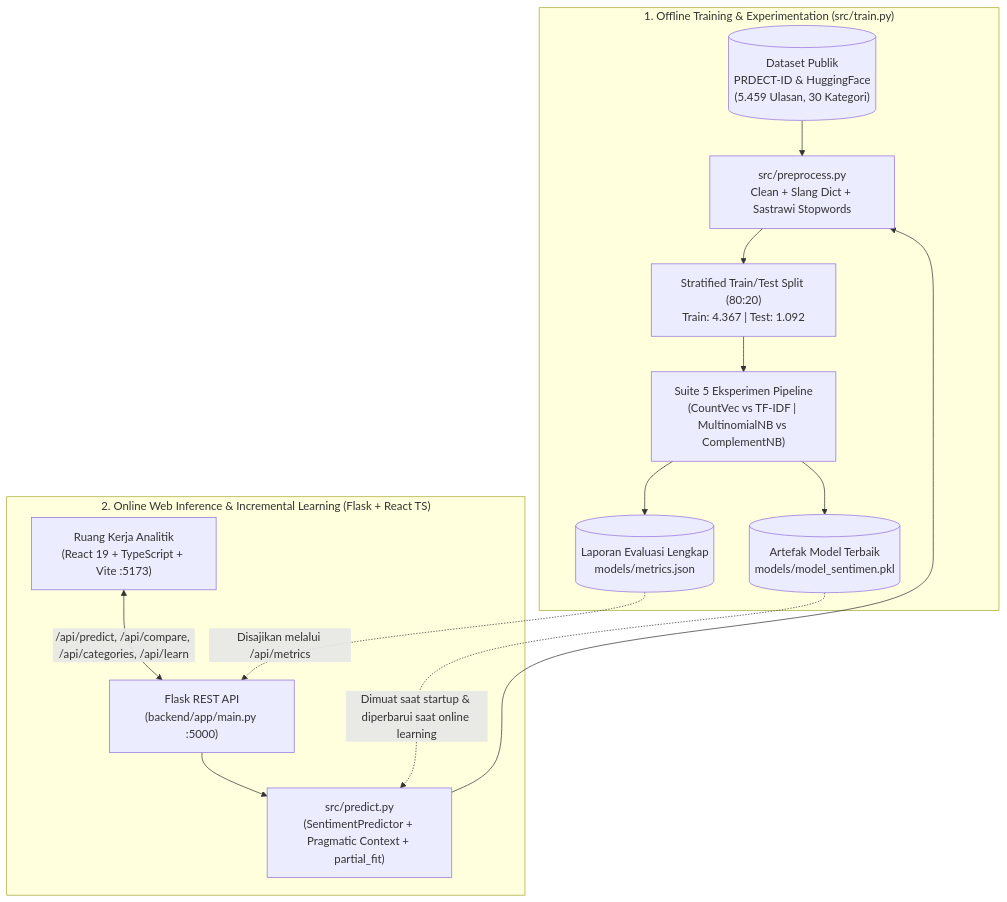
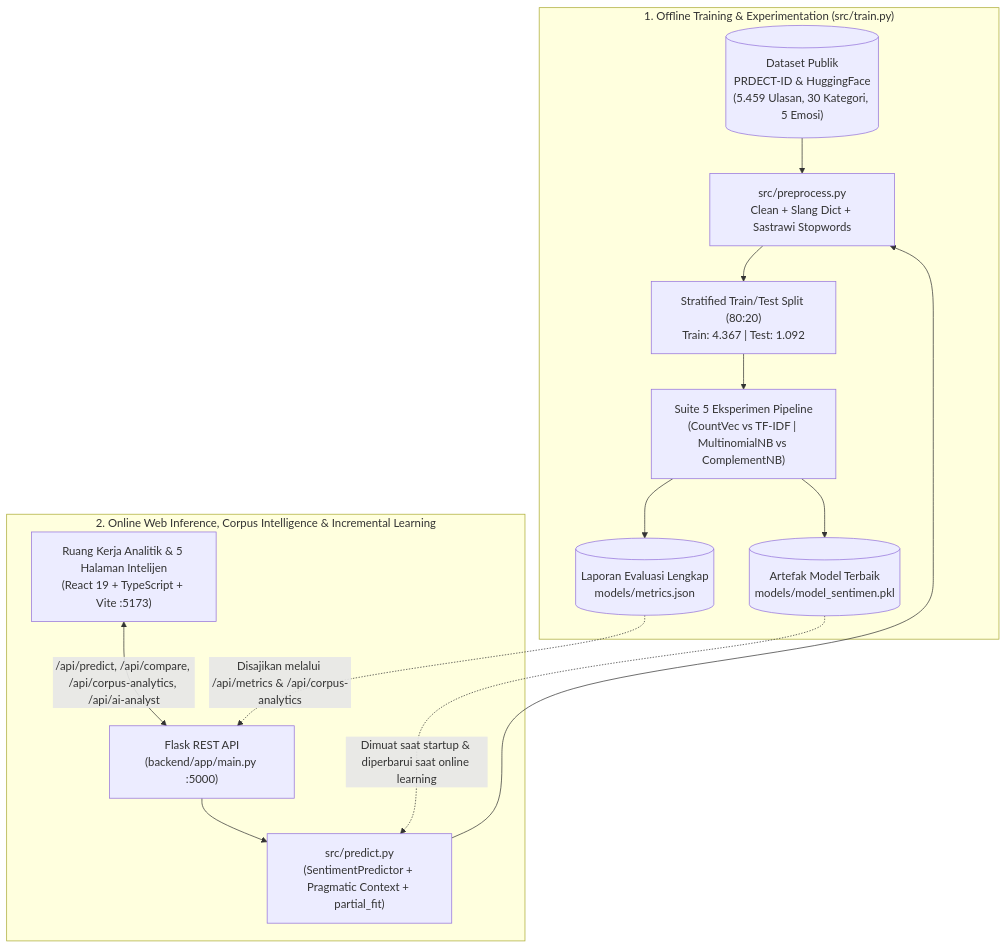
Before and after one commit to Muhfaizr21/Klasifikasi-sentimen-ulasan-produk: the diagram in README.md, drawn with Mermaid. The commit also changed other lines of this file, not shown here.

Commit message:
Update README.md with 5 standalone corpus intelligence pages and new API endpoints

````diff
--- a/README.md
+++ b/README.md
@@ -80,18 +92,18 @@
 ```mermaid
 flowchart TB
     subgraph Offline["1. Offline Training & Experimentation (src/train.py)"]
-        A[("Dataset Publik\nPRDECT-ID & HuggingFace\n(5.459 Ulasan, 30 Kategori)")] --> B["src/preprocess.py\nClean + Slang Dict + Sastrawi Stopwords"]
+        A[("Dataset Publik\nPRDECT-ID & HuggingFace\n(5.459 Ulasan, 30 Kategori, 5 Emosi)")] --> B["src/preprocess.py\nClean + Slang Dict + Sastrawi Stopwords"]
         B --> C["Stratified Train/Test Split (80:20)\nTrain: 4.367 | Test: 1.092"]
         C --> D["Suite 5 Eksperimen Pipeline\n(CountVec vs TF-IDF | MultinomialNB vs ComplementNB)"]
         D --> E[("Artefak Model Terbaik\nmodels/model_sentimen.pkl")]
         D --> F[("Laporan Evaluasi Lengkap\nmodels/metrics.json")]
     end
 
-    subgraph Online["2. Online Web Inference & Incremental Learning (Flask + React TS)"]
-        U["Ruang Kerja Analitik\n(React 19 + TypeScript + Vite :5173)"] <-->|"/api/predict, /api/compare, /api/categories, /api/learn"| API["Flask REST API\n(backend/app/main.py :5000)"]
+    subgraph Online["2. Online Web Inference, Corpus Intelligence & Incremental Learning"]
+        U["Ruang Kerja Analitik & 5 Halaman Intelijen\n(React 19 + TypeScript + Vite :5173)"] <-->|"/api/predict, /api/compare, /api/corpus-analytics, /api/ai-analyst"| API["Flask REST API\n(backend/app/main.py :5000)"]
         API --> P["src/predict.py\n(SentimentPredictor + Pragmatic Context + partial_fit)"]
         P --> B
         E -.->|"Dimuat saat startup & diperbarui saat online learning"| P
-        F -.->|"Disajikan melalui /api/metrics"| API
+        F -.->|"Disajikan melalui /api/metrics & /api/corpus-analytics"| API
     end
 ```
````
